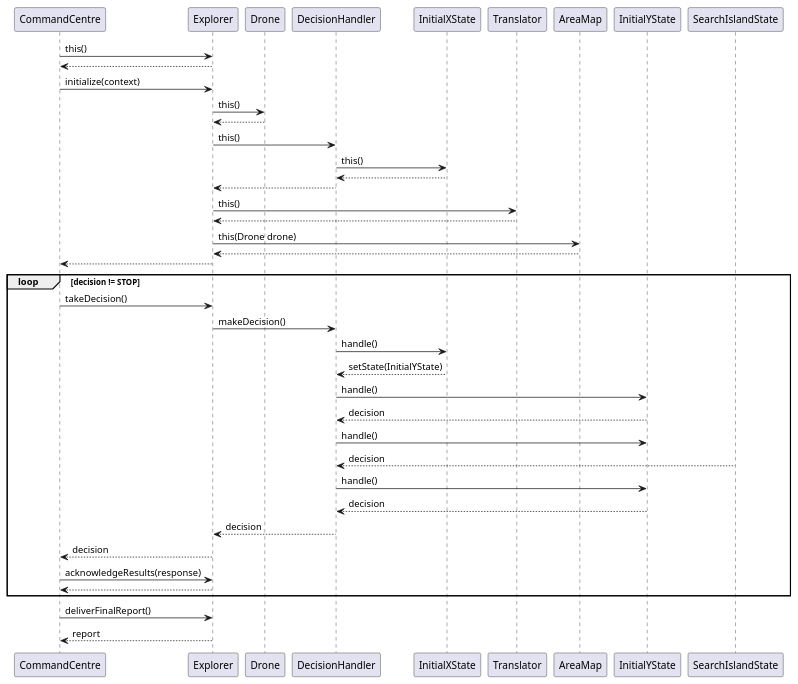
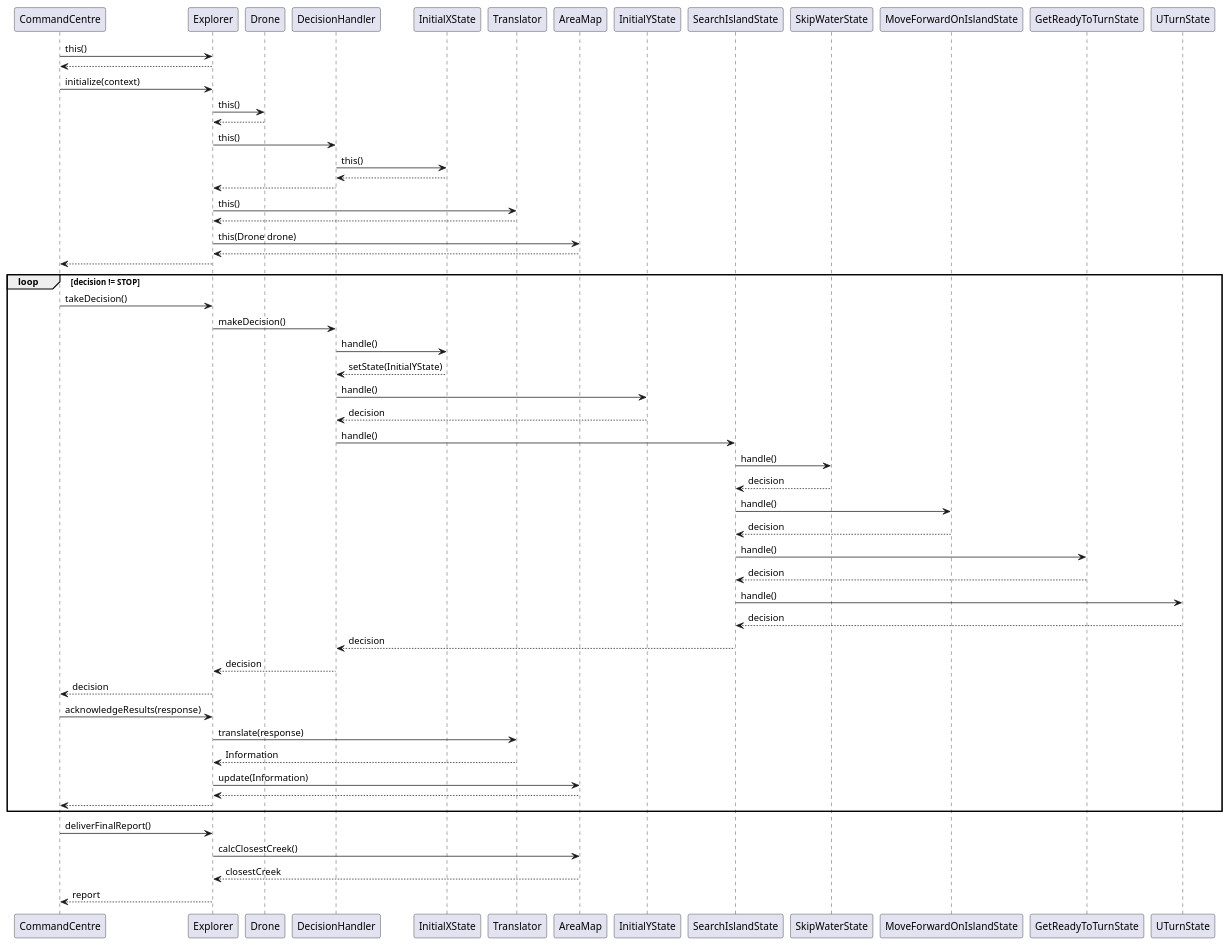
The diagram in UML/sequence.puml (AHMEDELZARIA/RescueMission), drawn with PlantUML before and after one commit. The commit also changed 2 other files, not shown here.

Commit message:
Sequence diagram

```diff
--- a/UML/sequence.puml
+++ b/UML/sequence.puml
@@ -1,49 +1,54 @@
 @startuml
 
 CommandCentre -> Explorer: this()
 Explorer --> CommandCentre
 CommandCentre -> Explorer: initialize(context)
 Explorer -> Drone: this()
 Drone --> Explorer
 Explorer -> DecisionHandler: this()
 DecisionHandler -> InitialXState: this()
 InitialXState --> DecisionHandler
 DecisionHandler --> Explorer
 Explorer -> Translator: this()
 Translator --> Explorer
 Explorer -> AreaMap: this(Drone drone)
 AreaMap --> Explorer
 Explorer --> CommandCentre
 
 loop decision != STOP
     CommandCentre -> Explorer: takeDecision()
 
-
     Explorer -> DecisionHandler: makeDecision()
 
     DecisionHandler -> InitialXState: handle()
     InitialXState --> DecisionHandler: setState(InitialYState)
     DecisionHandler -> InitialYState: handle()
     InitialYState --> DecisionHandler: decision
-    DecisionHandler -> InitialYState: handle()
+    DecisionHandler -> SearchIslandState: handle()
+    SearchIslandState -> SkipWaterState: handle()
+    SkipWaterState --> SearchIslandState: decision
+    SearchIslandState -> MoveForwardOnIslandState: handle()
+    MoveForwardOnIslandState --> SearchIslandState: decision
+    SearchIslandState -> GetReadyToTurnState: handle()
+    GetReadyToTurnState --> SearchIslandState: decision
+    SearchIslandState -> UTurnState: handle()
+    UTurnState --> SearchIslandState: decision
     SearchIslandState --> DecisionHandler: decision
-    DecisionHandler -> InitialYState: handle()
-    InitialYState --> DecisionHandler: decision
-
-
     DecisionHandler --> Explorer: decision
-
     Explorer --> CommandCentre: decision
 
 
     CommandCentre -> Explorer: acknowledgeResults(response)
-
-
+    Explorer -> Translator: translate(response)
+    Translator --> Explorer: Information
+    Explorer -> AreaMap: update(Information)
+    AreaMap --> Explorer
     Explorer --> CommandCentre
 end
 
 CommandCentre -> Explorer: deliverFinalReport()
-
+Explorer -> AreaMap: calcClosestCreek()
+AreaMap --> Explorer: closestCreek
 Explorer --> CommandCentre: report
 
 @enduml
```
